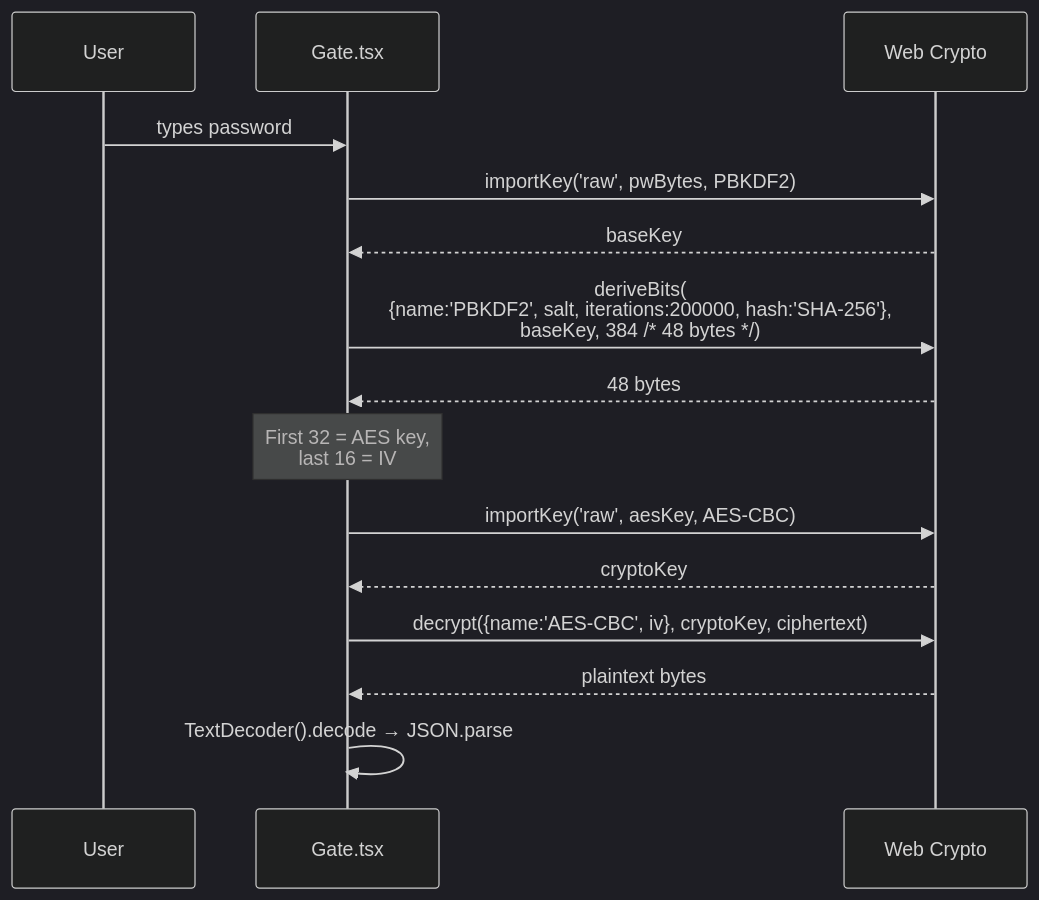
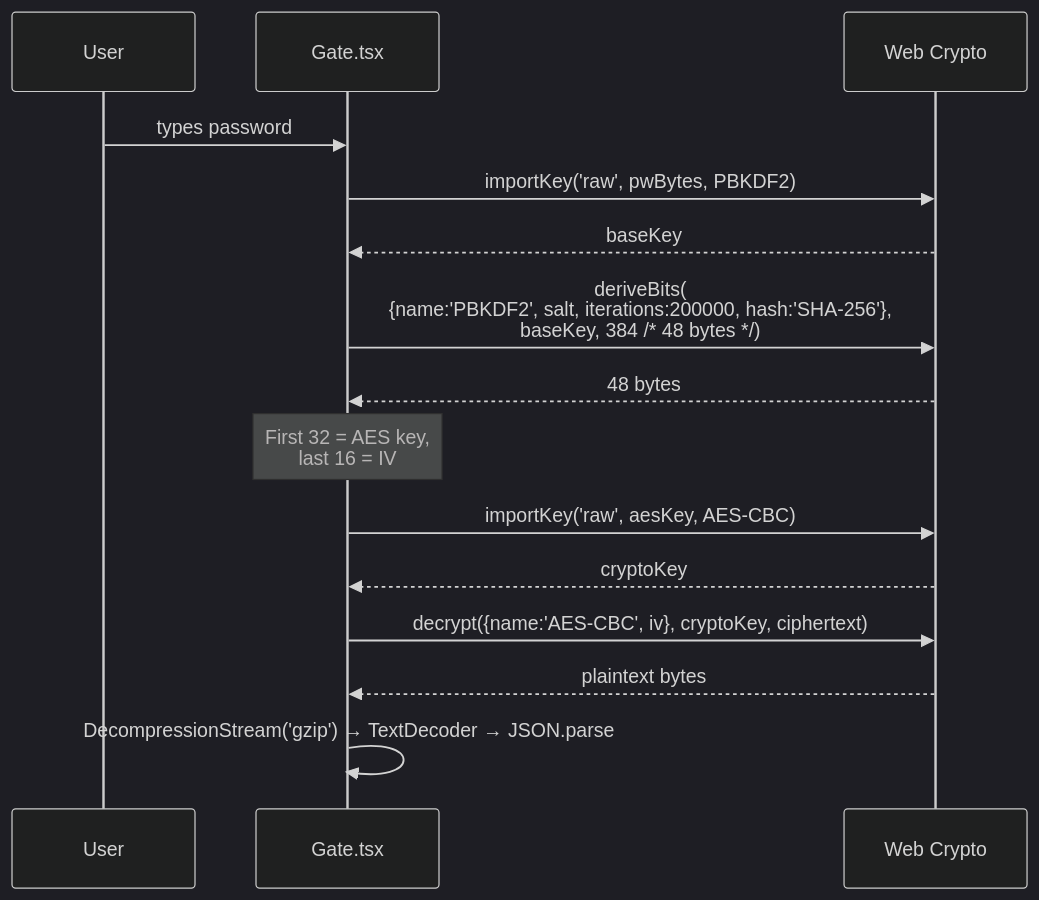
One commit to shreyaspurohit/playa changed the second of 2 diagrams in docs/04-data-encryption.md. Above: the diagram before and after it, drawn with Mermaid (dark theme). The commit also changed other lines of this file and 20 other files, not shown here.

````diff
--- a/docs/04-data-encryption.md
+++ b/docs/04-data-encryption.md
@@ -56,18 +61,18 @@
 ```mermaid
 sequenceDiagram
   participant U as User
   participant G as Gate.tsx
   participant W as Web Crypto
 
   U->>G: types password
   G->>W: importKey('raw', pwBytes, PBKDF2)
   W-->>G: baseKey
   G->>W: deriveBits(<br>{name:'PBKDF2', salt, iterations:200000, hash:'SHA-256'},<br>baseKey, 384 /* 48 bytes */)
   W-->>G: 48 bytes
   Note over G: First 32 = AES key,<br>last 16 = IV
   G->>W: importKey('raw', aesKey, AES-CBC)
   W-->>G: cryptoKey
   G->>W: decrypt({name:'AES-CBC', iv}, cryptoKey, ciphertext)
   W-->>G: plaintext bytes
-  G->>G: TextDecoder().decode → JSON.parse
+  G->>G: DecompressionStream('gzip') → TextDecoder → JSON.parse
 ```
````
